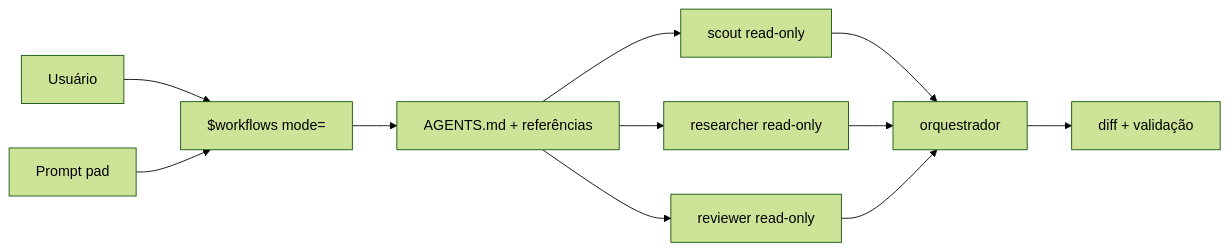
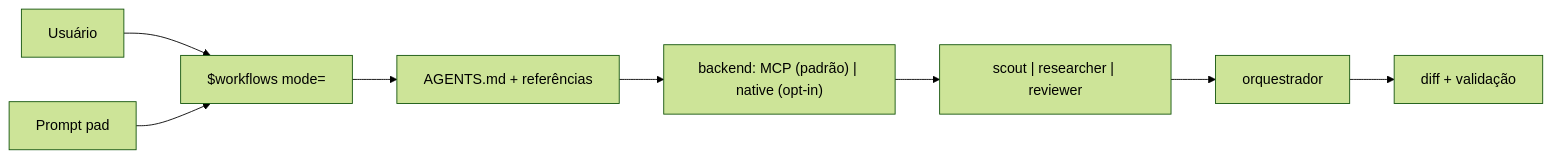
One commit to CheekyCodexConjurer/codex-workflows-kit changed the diagram in README.md. Above: the diagram before and after it, drawn with Mermaid (forest theme). The commit also changed other lines of this file and 15 other files, not shown here.

```diff
--- a/README.md
+++ b/README.md
@@ -99,13 +100,10 @@
 ~~~mermaid
 flowchart LR
     USER["Usuário"] --> WF["$workflows mode=<MODE>"]
     PAD["Prompt pad"] --> WF
     WF --> RULES["AGENTS.md + referências"]
-    RULES --> SCOUT["scout read-only"]
-    RULES --> RESEARCH["researcher read-only"]
-    RULES --> REVIEW["reviewer read-only"]
-    SCOUT --> PARENT["orquestrador"]
-    RESEARCH --> PARENT
-    REVIEW --> PARENT
+    RULES --> BACKEND["backend: MCP (padrão) | native (opt-in)"]
+    BACKEND --> SIDE["scout | researcher | reviewer"]
+    SIDE --> PARENT["orquestrador"]
     PARENT --> GATE["diff + validação"]
 ~~~
```
